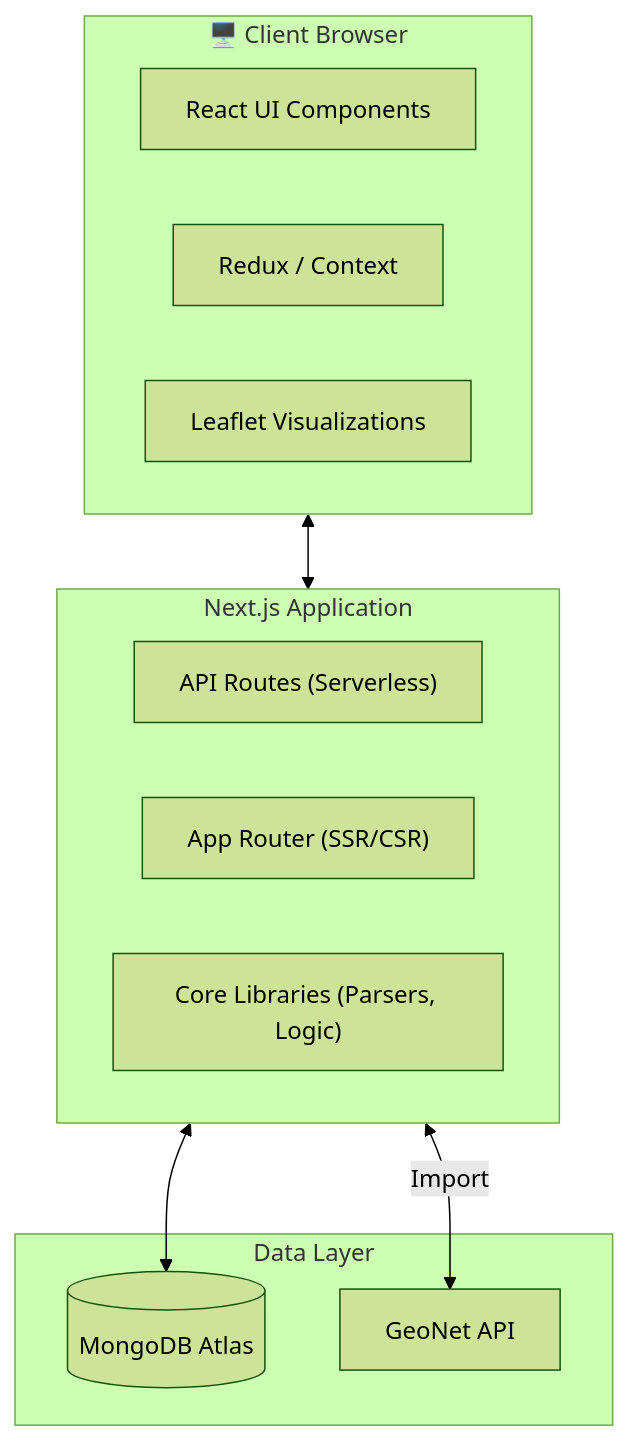
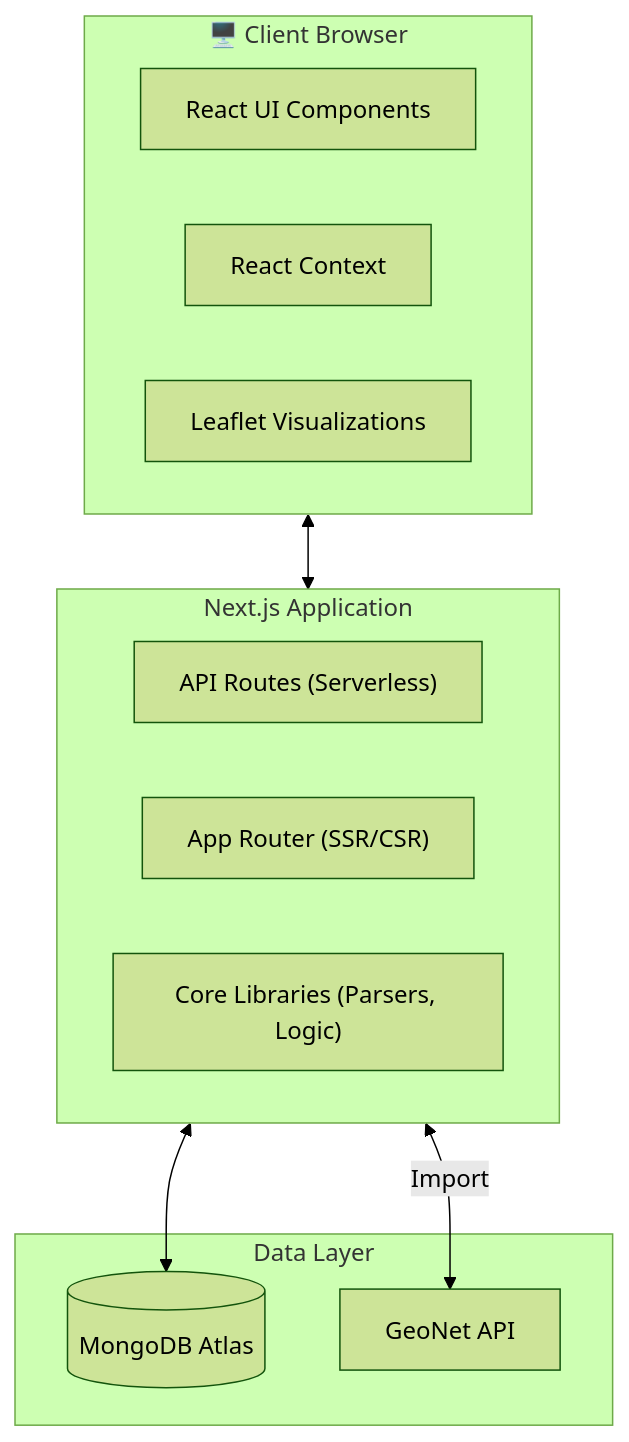
The first of 2 diagrams in README.md (KennyGraham1/catalogofcatalogs), drawn with Mermaid (forest theme) before and after one commit. The commit also changed 25 other files, not shown here.

````diff
--- a/README.md
+++ b/README.md
@@ -57,23 +57,23 @@
 ```mermaid
 flowchart TD
     subgraph Client["🖥️ Client Browser"]
         UI["React UI Components"]
-        State["Redux / Context"]
+        State["React Context"]
         Maps["Leaflet Visualizations"]
     end
     
     subgraph App["Next.js Application"]
         API["API Routes (Serverless)"]
         Pages["App Router (SSR/CSR)"]
         Lib["Core Libraries (Parsers, Logic)"]
     end
     
     subgraph Data["Data Layer"]
         DB[(MongoDB Atlas)]
         GeoNet["GeoNet API"]
     end
     
     Client <--> App
     App <--> DB
     App <-- Import --> GeoNet
 ```
````
